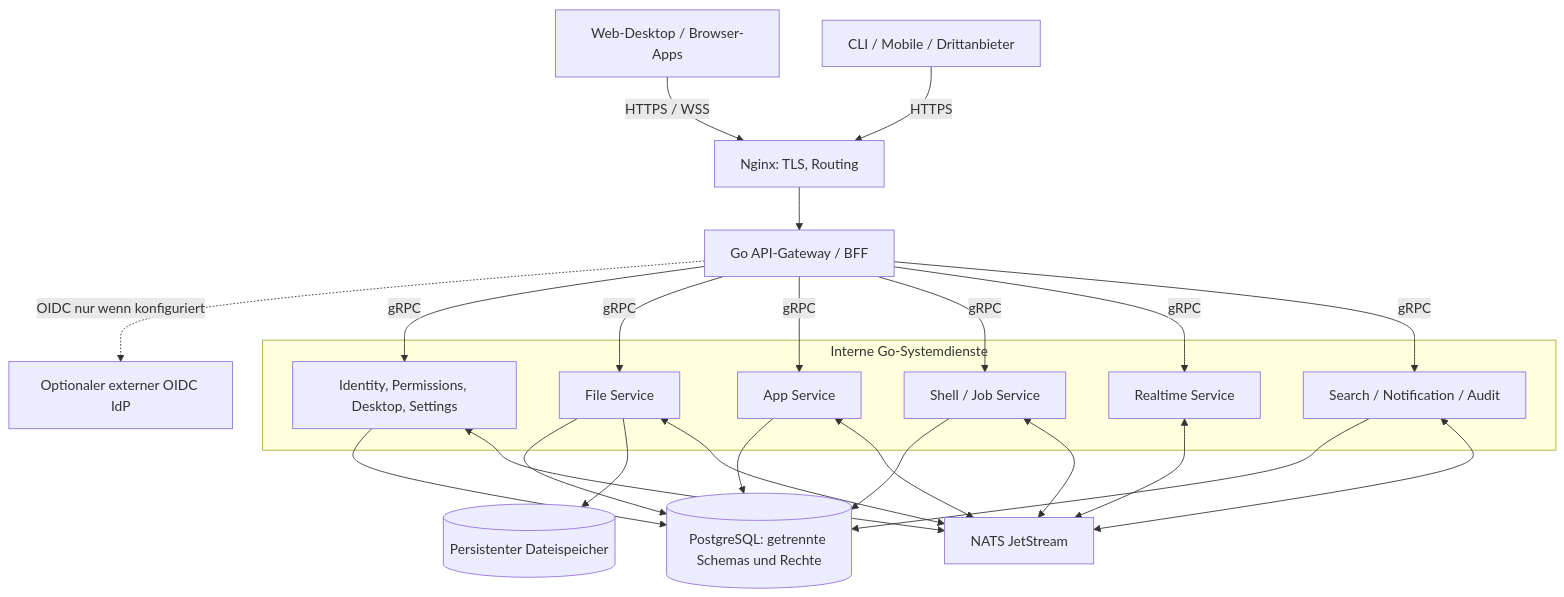
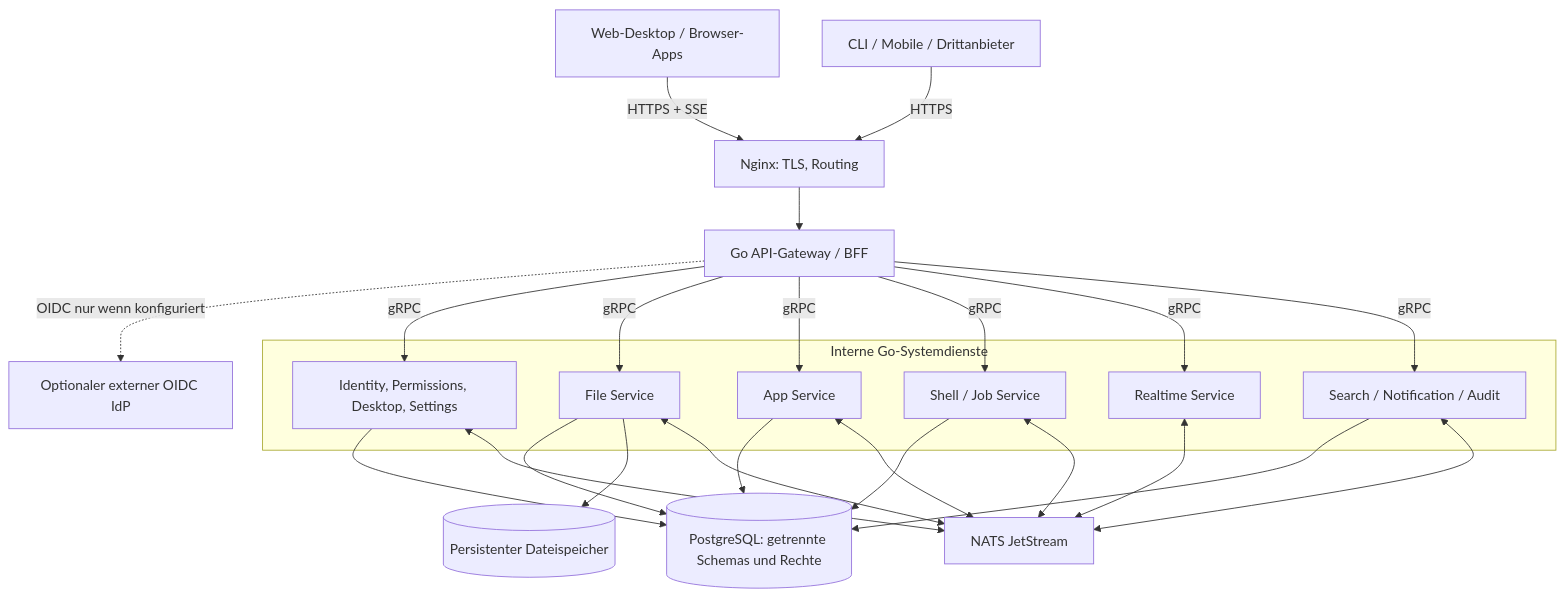
The diagram in docs/CONCEPT.md (Drezael/cloudOS), drawn with Mermaid before and after one commit. The commit also changed other lines of this file and 15 other files, not shown here.

````diff
--- a/docs/CONCEPT.md
+++ b/docs/CONCEPT.md
@@ -97,45 +113,45 @@
 ```mermaid
 flowchart TB
     Browser["Web-Desktop / Browser-Apps"]
     Other["CLI / Mobile / Drittanbieter"]
     Edge["Nginx: TLS, Routing"]
     Gateway["Go API-Gateway / BFF"]
     OIDC["Optionaler externer OIDC IdP"]
 
     subgraph Backend["Interne Go-Systemdienste"]
         Core["Identity, Permissions, Desktop, Settings"]
         Files["File Service"]
         Apps["App Service"]
         Shell["Shell / Job Service"]
         Realtime["Realtime Service"]
         Search["Search / Notification / Audit"]
     end
 
     Bus["NATS JetStream"]
     DB[("PostgreSQL: getrennte Schemas und Rechte")]
     Storage[("Persistenter Dateispeicher")]
 
-    Browser -->|HTTPS / WSS| Edge
+    Browser -->|HTTPS + SSE| Edge
     Other -->|HTTPS| Edge
     Edge --> Gateway
     Gateway -.->|OIDC nur wenn konfiguriert| OIDC
     Gateway -->|gRPC| Core
     Gateway -->|gRPC| Files
     Gateway -->|gRPC| Apps
     Gateway -->|gRPC| Shell
     Gateway -->|gRPC| Realtime
     Gateway -->|gRPC| Search
 
     Core --> DB
     Files --> DB
     Apps --> DB
     Shell --> DB
     Search --> DB
     Files --> Storage
     Core <--> Bus
     Files <--> Bus
     Apps <--> Bus
     Shell <--> Bus
     Realtime <--> Bus
     Search <--> Bus
 ```
````
